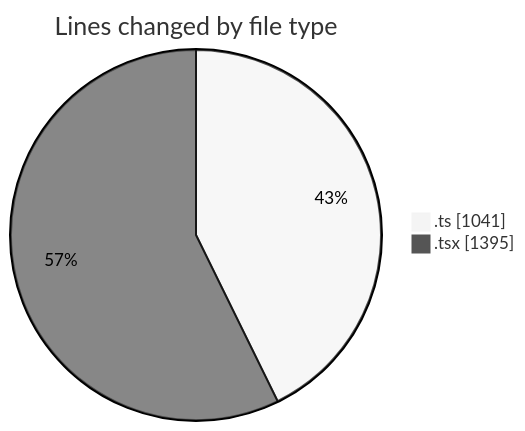
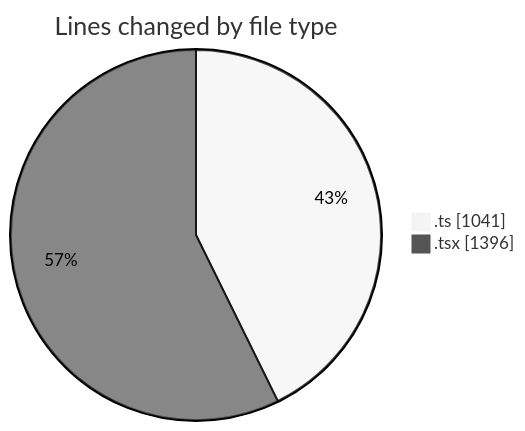
One commit to momahboobian/code-tracking changed the first of 2 diagrams in 2025-09-02/cda/README.md. Above: the diagram before and after it, drawn with Mermaid (neutral theme). The commit also changed other lines of this file and 1 other file, not shown here.

````diff
--- a/2025-09-02/cda/README.md
+++ b/2025-09-02/cda/README.md
@@ -28,6 +28,6 @@
 ```mermaid
 pie showData
 title Lines changed by file type
 ".ts" : 1041
-".tsx" : 1395
+".tsx" : 1396
 ```
````
